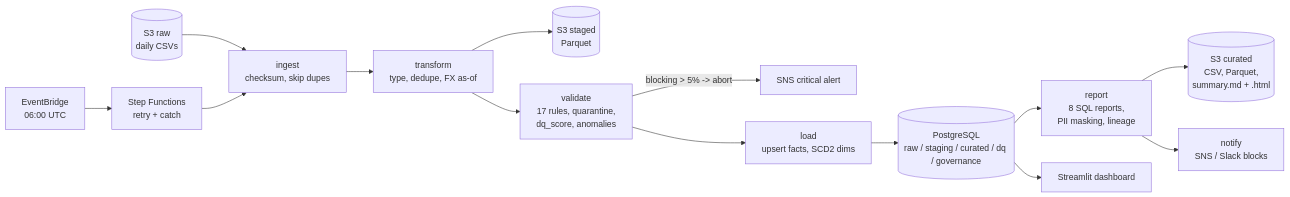
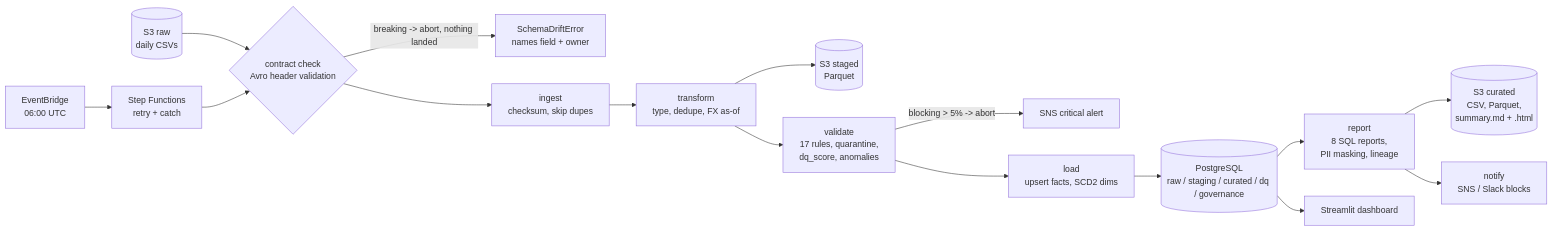
The diagram in README.md (poojithareddy19/Financial-Reporting-Data-Quality-Engine), drawn with Mermaid before and after one commit. The commit also changed other lines of this file, not shown here.

First line of the commit message:
Document schema contract enforcement in the README

````diff
--- a/README.md
+++ b/README.md
@@ -8,15 +9,17 @@
 ```mermaid
 flowchart LR
-    RAW[(S3 raw<br/>daily CSVs)] --> I[ingest<br/>checksum, skip dupes]
+    RAW[(S3 raw<br/>daily CSVs)] --> C{contract check<br/>Avro header validation}
+    C -->|"breaking -> abort, nothing landed"| DRIFT[SchemaDriftError<br/>names field + owner]
+    C --> I[ingest<br/>checksum, skip dupes]
     I --> T[transform<br/>type, dedupe, FX as-of]
     T --> STG[(S3 staged<br/>Parquet)]
     T --> V[validate<br/>17 rules, quarantine,<br/>dq_score, anomalies]
     V -->|"blocking > 5% -> abort"| ALERT[SNS critical alert]
     V --> L[load<br/>upsert facts, SCD2 dims]
     L --> PG[(PostgreSQL<br/>raw / staging / curated / dq / governance)]
     PG --> R[report<br/>8 SQL reports,<br/>PII masking, lineage]
     R --> CUR[(S3 curated<br/>CSV, Parquet,<br/>summary.md + .html)]
     R --> N[notify<br/>SNS / Slack blocks]
-    EB[EventBridge<br/>06:00 UTC] --> SF[Step Functions<br/>retry + catch] --> I
+    EB[EventBridge<br/>06:00 UTC] --> SF[Step Functions<br/>retry + catch] --> C
     PG --> DASH[Streamlit dashboard]
 ```
````
